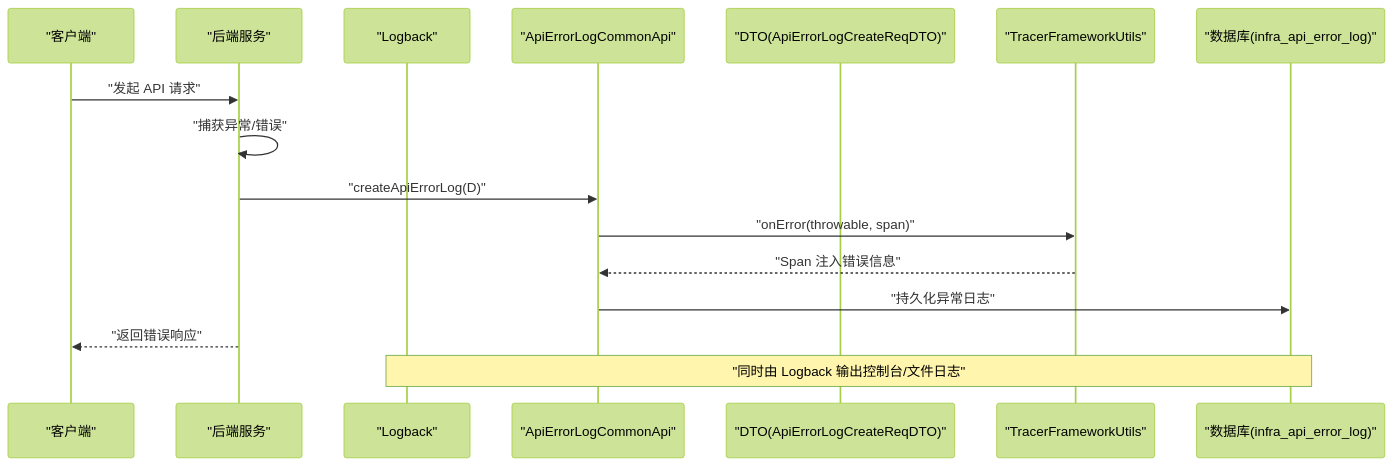
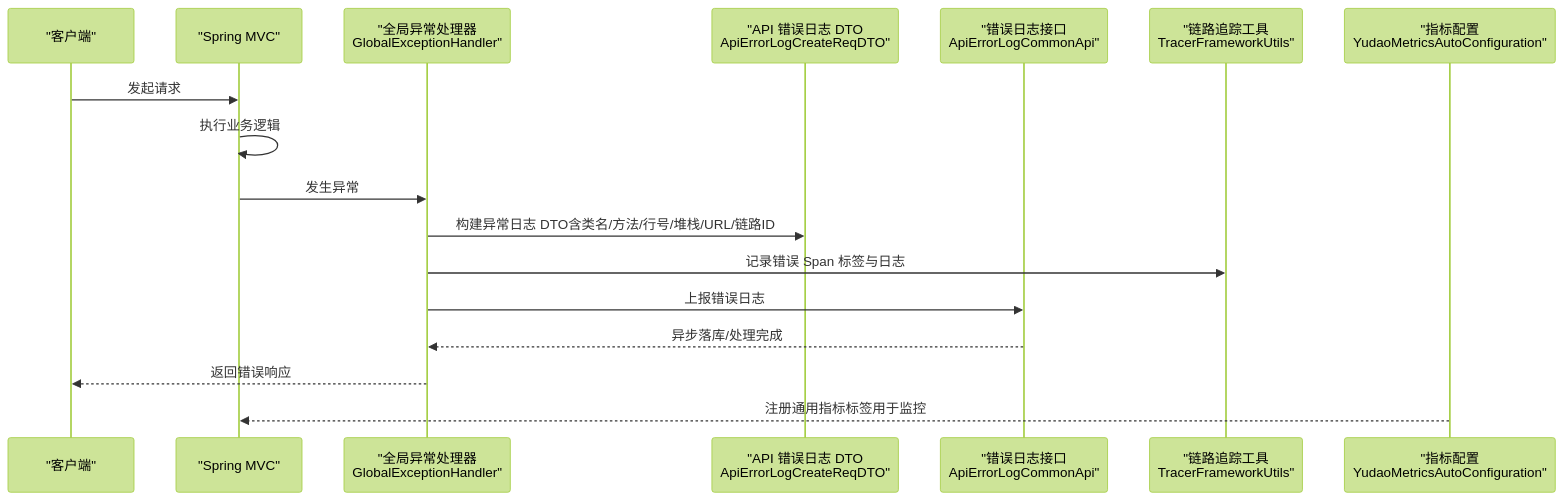
Before and after one commit to xiaoche80s-tech/rouyi-vue-pro: the second of 6 diagrams in .qoder/repowiki/zh/content/故障排查/日志分析.md, drawn with Mermaid (forest theme). The commit also changed other lines of this file and 840 other files, not shown here.

````diff
--- a/.qoder/repowiki/zh/content/故障排查/日志分析.md
+++ b/.qoder/repowiki/zh/content/故障排查/日志分析.md
@@ -97,18 +119,19 @@
 ```mermaid
 sequenceDiagram
 participant C as "客户端"
-participant S as "后端服务"
-participant L as "Logback"
-participant A as "ApiErrorLogCommonApi"
-participant D as "DTO(ApiErrorLogCreateReqDTO)"
-participant T as "TracerFrameworkUtils"
-participant DB as "数据库(infra_api_error_log)"
-C->>S : "发起 API 请求"
-S->>S : "捕获异常/错误"
-S->>A : "createApiErrorLog(D)"
-A->>T : "onError(throwable, span)"
-T-->>A : "Span 注入错误信息"
-A->>DB : "持久化异常日志"
-S-->>C : "返回错误响应"
-Note over L,DB : "同时由 Logback 输出控制台/文件日志"
+participant S as "Spring MVC"
+participant H as "全局异常处理器<br/>GlobalExceptionHandler"
+participant D as "API 错误日志 DTO<br/>ApiErrorLogCreateReqDTO"
+participant A as "错误日志接口<br/>ApiErrorLogCommonApi"
+participant T as "链路追踪工具<br/>TracerFrameworkUtils"
+participant M as "指标配置<br/>YudaoMetricsAutoConfiguration"
+C->>S : 发起请求
+S->>S : 执行业务逻辑
+S->>H : 发生异常
+H->>D : 构建异常日志 DTO含类名/方法/行号/堆栈/URL/链路ID
+H->>T : 记录错误 Span 标签与日志
+H->>A : 上报错误日志
+A-->>H : 异步落库/处理完成
+H-->>C : 返回错误响应
+M-->>S : 注册通用指标标签用于监控
 ```
````
